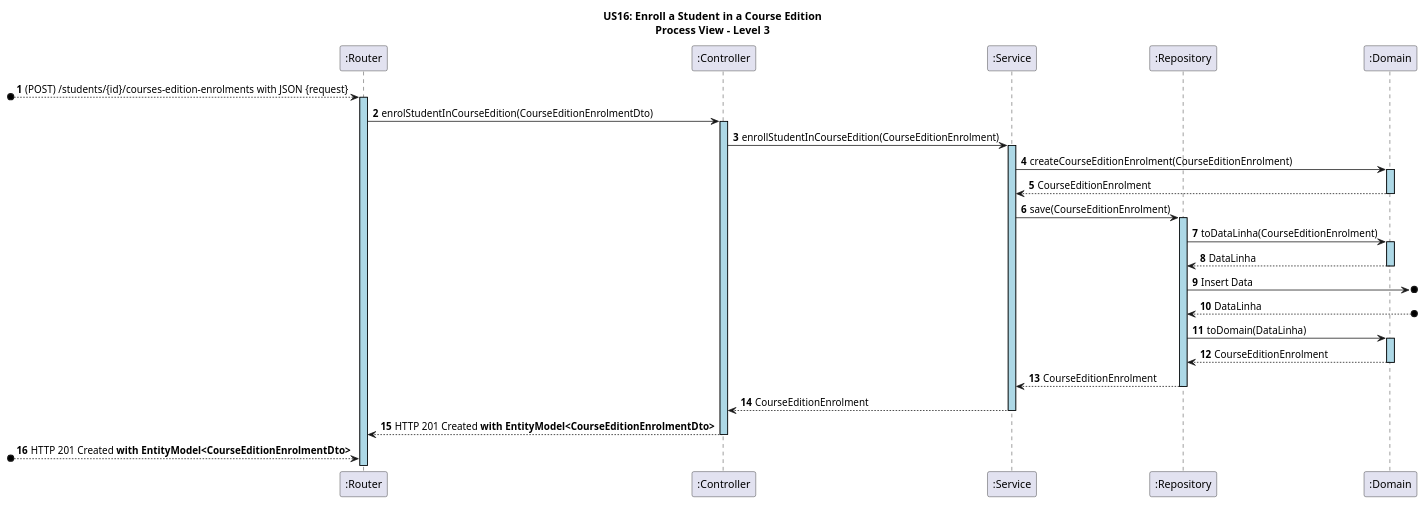
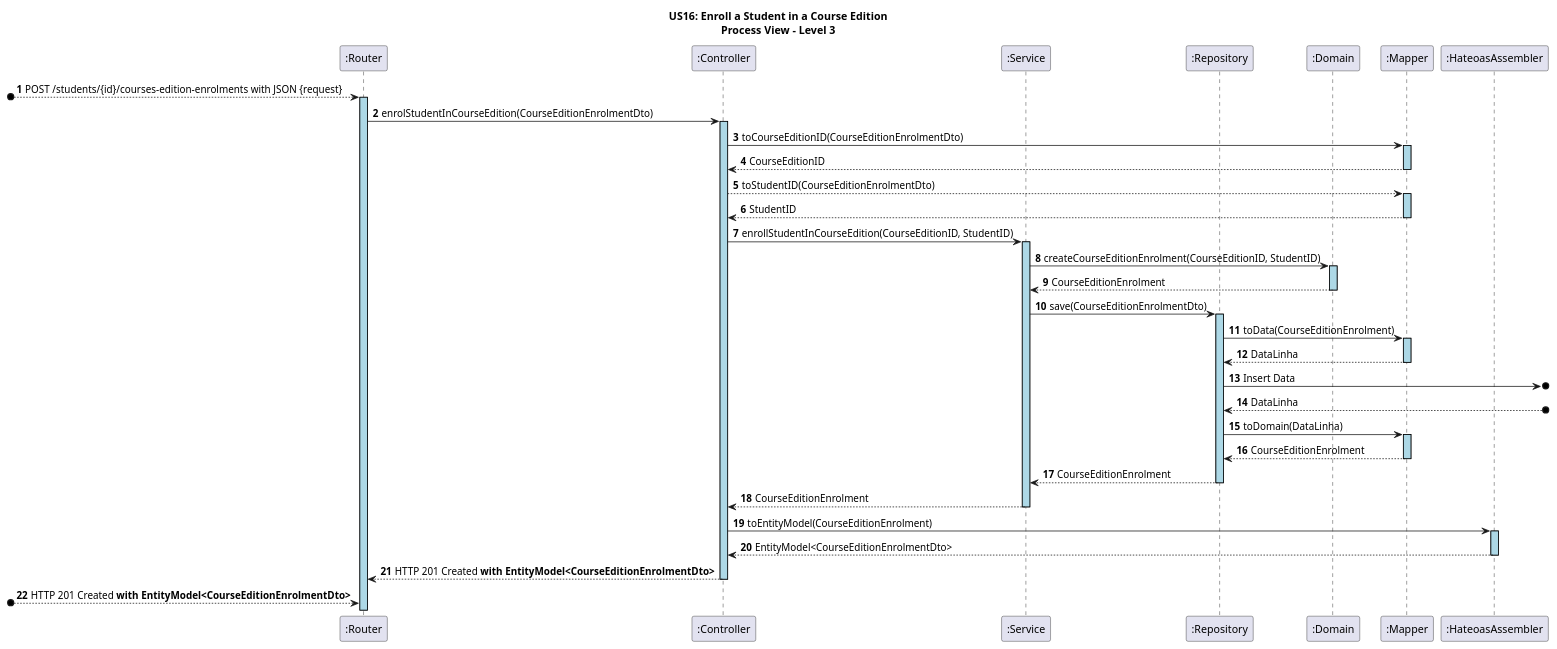
The diagram in docs/US16/sprint6_RestController/process_view/Level3.puml (GasparISEP/DevOps-PAI), drawn with PlantUML before and after one commit. The commit also changed 5 other files, not shown here.

Commit message:
Refactor UML diagrams for CourseEditionEnrolment process, adding Class and Sequence diagrams, and enhancing Level2 and Level3 diagrams with clearer request/response formats and data mapping details. #659 #684

```diff
--- a/docs/US16/sprint6_RestController/process_view/Level3.puml
+++ b/docs/US16/sprint6_RestController/process_view/Level3.puml
@@ -1,49 +1,60 @@
 @startuml
 autonumber
 
 skinparam sequence {
     LifelineBorderColor black
     LifelineBackgroundColor LightBlue
     ActorBorderColor black
     ActorBackgroundColor LightGray
 }
 
 title US16: Enroll a Student in a Course Edition\nProcess View – Level 3
 
 participant ":Router" as RT
 participant ":Controller" as CT
 participant ":Service" as SE
 participant ":Repository" as RE
 participant ":Domain" as DM
+participant ":Mapper" as MA
+participant ":HateoasAssembler" as HA
 
 
- [o--> RT ++: (POST) /students/{id}/courses-edition-enrolments with JSON {request}
+ [o--> RT ++: POST /students/{id}/courses-edition-enrolments with JSON {request}
 RT -> CT ++: enrolStudentInCourseEdition(CourseEditionEnrolmentDto)
 
-CT -> SE ++: enrollStudentInCourseEdition(CourseEditionEnrolment)
+
+CT -> MA ++: toCourseEditionID(CourseEditionEnrolmentDto)
+MA --> CT --: CourseEditionID
+CT --> MA ++: toStudentID(CourseEditionEnrolmentDto)
+MA --> CT --: StudentID
+CT -> SE ++: enrollStudentInCourseEdition(CourseEditionID, StudentID)
 
 
-SE -> DM ++: createCourseEditionEnrolment(CourseEditionEnrolment)
+
+SE -> DM ++: createCourseEditionEnrolment(CourseEditionID, StudentID)
 DM --> SE --: CourseEditionEnrolment
 
-SE -> RE ++: save(CourseEditionEnrolment)
+SE -> RE ++: save(CourseEditionEnrolmentDto)
 
-RE -> DM ++: toDataLinha(CourseEditionEnrolment)
-DM --> RE --: DataLinha	
+RE -> MA ++: toData(CourseEditionEnrolment)
+MA --> RE --: DataLinha	
 
 RE ->o]: Insert Data
 RE <--o]: DataLinha
 
 
-RE -> DM ++: toDomain(DataLinha)
-DM --> RE --: CourseEditionEnrolment
+RE -> MA ++: toDomain(DataLinha)
+MA --> RE --: CourseEditionEnrolment
 
 RE --> SE --: CourseEditionEnrolment
 
 SE --> CT --: CourseEditionEnrolment
+
+CT -> HA ++: toEntityModel(CourseEditionEnrolment)
+HA --> CT --: EntityModel<CourseEditionEnrolmentDto>
 
 CT --> RT --: HTTP 201 Created **with EntityModel<CourseEditionEnrolmentDto>**
 
 [o-->  RT: HTTP 201 Created **with EntityModel<CourseEditionEnrolmentDto>**
 
 @enduml
```
